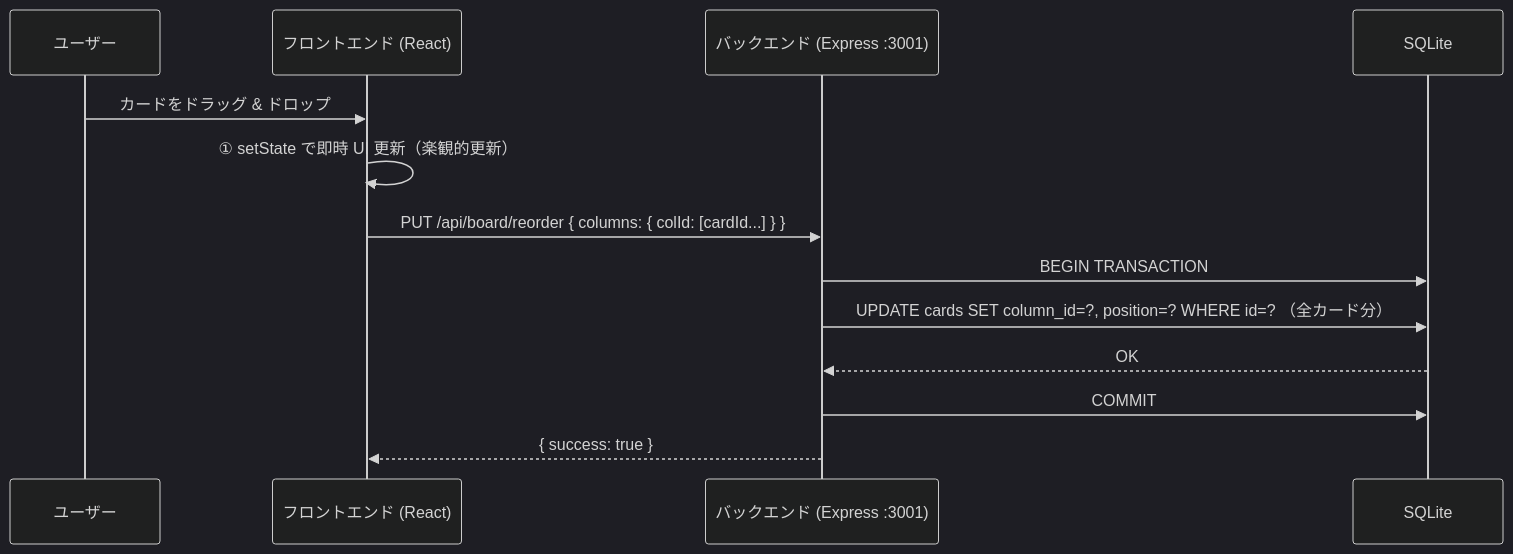
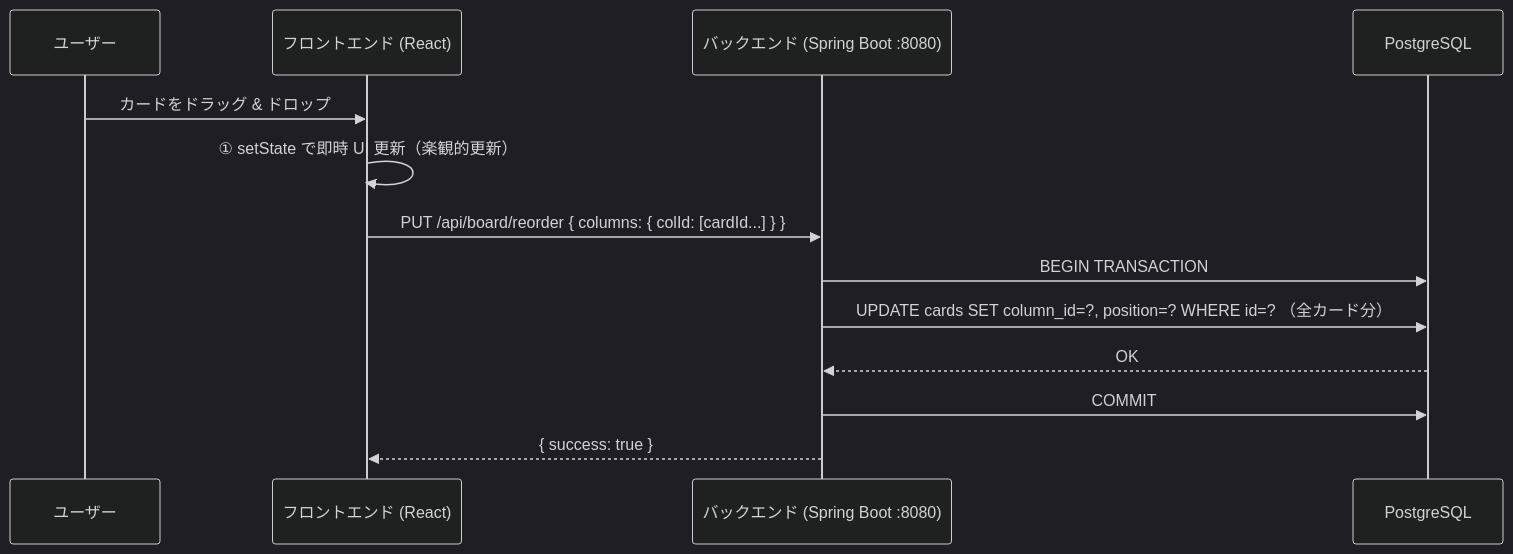
The fifth of 6 diagrams in docs/design.md (yuhihamada0703/AI-Engineer-Course---yuhihamada), drawn with Mermaid (dark theme) before and after one commit. The commit also changed other lines of this file and 5 other files, not shown here.

````diff
--- a/docs/design.md
+++ b/docs/design.md
@@ -172,16 +177,16 @@
 ```mermaid
 sequenceDiagram
     participant User as ユーザー
     participant Client as フロントエンド (React)
-    participant Server as バックエンド (Express :3001)
-    participant DB as SQLite
+    participant Server as バックエンド (Spring Boot :8080)
+    participant DB as PostgreSQL
 
     User->>Client: カードをドラッグ & ドロップ
     Client->>Client: ① setState で即時 UI 更新（楽観的更新）
     Client->>Server: PUT /api/board/reorder { columns: { colId: [cardId...] } }
     Server->>DB: BEGIN TRANSACTION
     Server->>DB: UPDATE cards SET column_id=?, position=? WHERE id=? （全カード分）
     DB-->>Server: OK
     Server->>DB: COMMIT
     Server-->>Client: { success: true }
 ```
````
